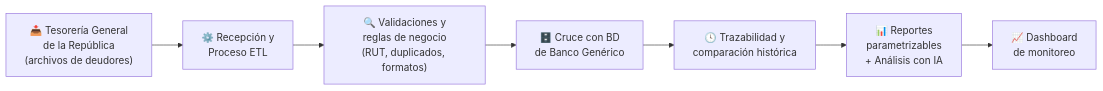
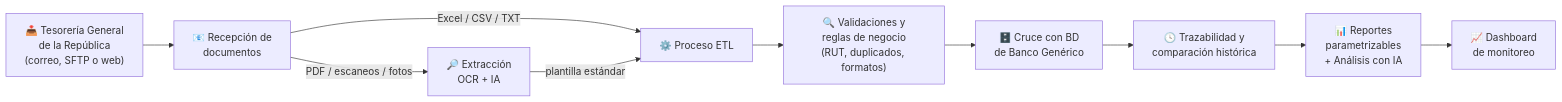
The diagram in README.md (JS-Ranker/CAPSTONE), drawn with Mermaid before and after one commit. The commit also changed other lines of this file and 27 other files, not shown here.

First line of the commit message:
Incorporar recepción por correo y extracción OCR/IA; alinear documentos con el ERS

````diff
--- a/README.md
+++ b/README.md
@@ -51,9 +51,12 @@
 ```mermaid
 flowchart LR
-    A["📥 Tesorería General<br/>de la República<br/>(archivos de deudores)"] --> B["⚙️ Recepción y<br/>Proceso ETL"]
+    A["📥 Tesorería General<br/>de la República<br/>(correo, SFTP o web)"] --> R["📧 Recepción de<br/>documentos"]
+    R -->|"Excel / CSV / TXT"| B["⚙️ Proceso ETL"]
+    R -->|"PDF / escaneos / fotos"| X["🔎 Extracción<br/>OCR + IA"]
+    X -->|"plantilla estándar"| B
     B --> C["🔍 Validaciones y<br/>reglas de negocio<br/>(RUT, duplicados, formatos)"]
     C --> D["🗄️ Cruce con BD<br/>de Banco Genérico"]
     D --> E["🕓 Trazabilidad y<br/>comparación histórica"]
     E --> F["📊 Reportes<br/>parametrizables<br/>+ Análisis con IA"]
     F --> G["📈 Dashboard<br/>de monitoreo"]
 ```
````
